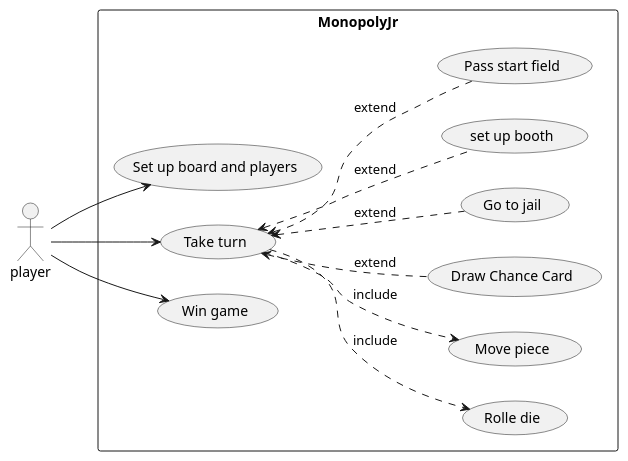
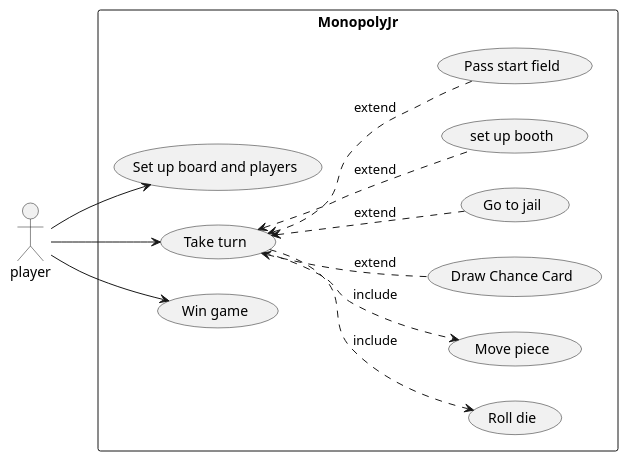
Before and after one commit to GabeKierk889/gruppe-18: the diagram in 18_del3/PlantUML/UseCaseDiagram.puml, drawn with PlantUML.

Commit message:
Updated use case diagram

```diff
--- a/18_del3/PlantUML/UseCaseDiagram.puml
+++ b/18_del3/PlantUML/UseCaseDiagram.puml
@@ -1,34 +1,34 @@
 @startuml
 'https://plantuml.com/use-case-diagram
 
 left to right direction
 
 actor player
 
 rectangle MonopolyJr {
     usecase "Set up board and players" as uc1
 
     usecase "Take turn" as uc2
-    usecase "Rolle die" as uc2.1
+    usecase "Roll die" as uc2.1
     usecase "Move piece" as uc2.2
     usecase "Draw Chance Card" as uc2.3
     usecase "Go to jail" as uc2.4
     usecase "set up booth" as uc2.5
     usecase "Pass start field" as uc2.6
 
     usecase "Win game" as uc3
 }
 
 player --> uc1
 
 player --> uc2
 uc2 ..> uc2.1 : include
 uc2 ..> uc2.2 : include
 uc2 <.. uc2.3 : extend
 uc2 <.. uc2.4 : extend
 uc2 <.. uc2.5 : extend
 uc2 <.. uc2.6 : extend
 
 player --> uc3
 
 @enduml
```
